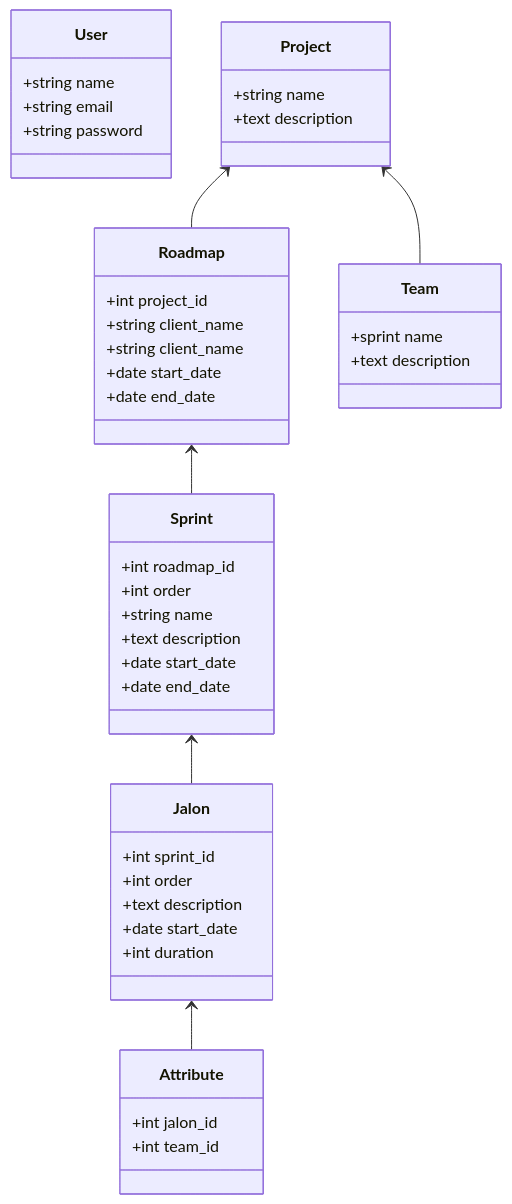
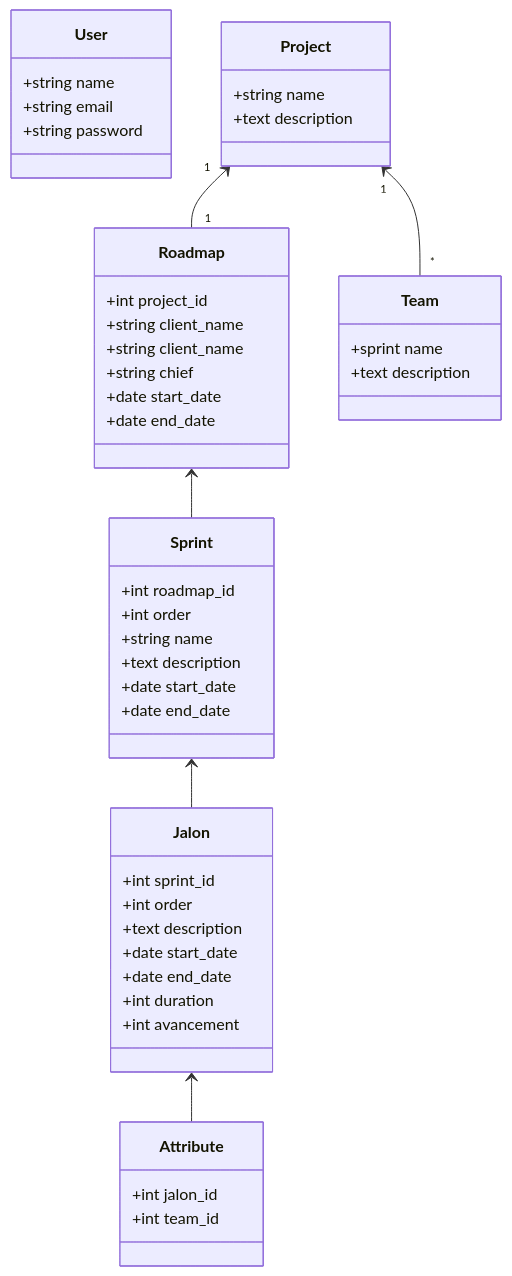
One commit to desmond8500/Devtools changed the diagram in public/docs/class_diagram.md. Above: the diagram before and after it, drawn with Mermaid. The commit also changed other lines of this file and 12 other files, not shown here.

Commit message:
roadmap update

````diff
--- a/public/docs/class_diagram.md
+++ b/public/docs/class_diagram.md
@@ -3,57 +3,60 @@
 ```mermaid
 classDiagram
 
 class User{
     +string name
     +string email
     +string password
 }
 
 
 class Project{
     +string name
     +text description
 }
-Project <-- Roadmap
-Project <-- Team
+Project "1" <-- "1" Roadmap
+Project "1" <-- "*" Team
 
 class Roadmap{
     +int project_id
     +string client_name
     +string client_name
+    +string chief
     +date start_date
     +date end_date
 }
 Roadmap <-- Sprint
 
 class Sprint{
     +int roadmap_id
     +int order
     +string name
     +text description
     +date start_date
     +date end_date
 }
 Sprint <-- Jalon
 
 class Jalon{
     +int sprint_id
     +int order
     +text description
     +date start_date
+    +date end_date
     +int duration
+    +int avancement
 }
 Jalon <-- Attribute
 
 class Team{
     +sprint name
     +text description
 }
 
 class Attribute{
     +int jalon_id
     +int team_id
 }
 
 
 ```
````
